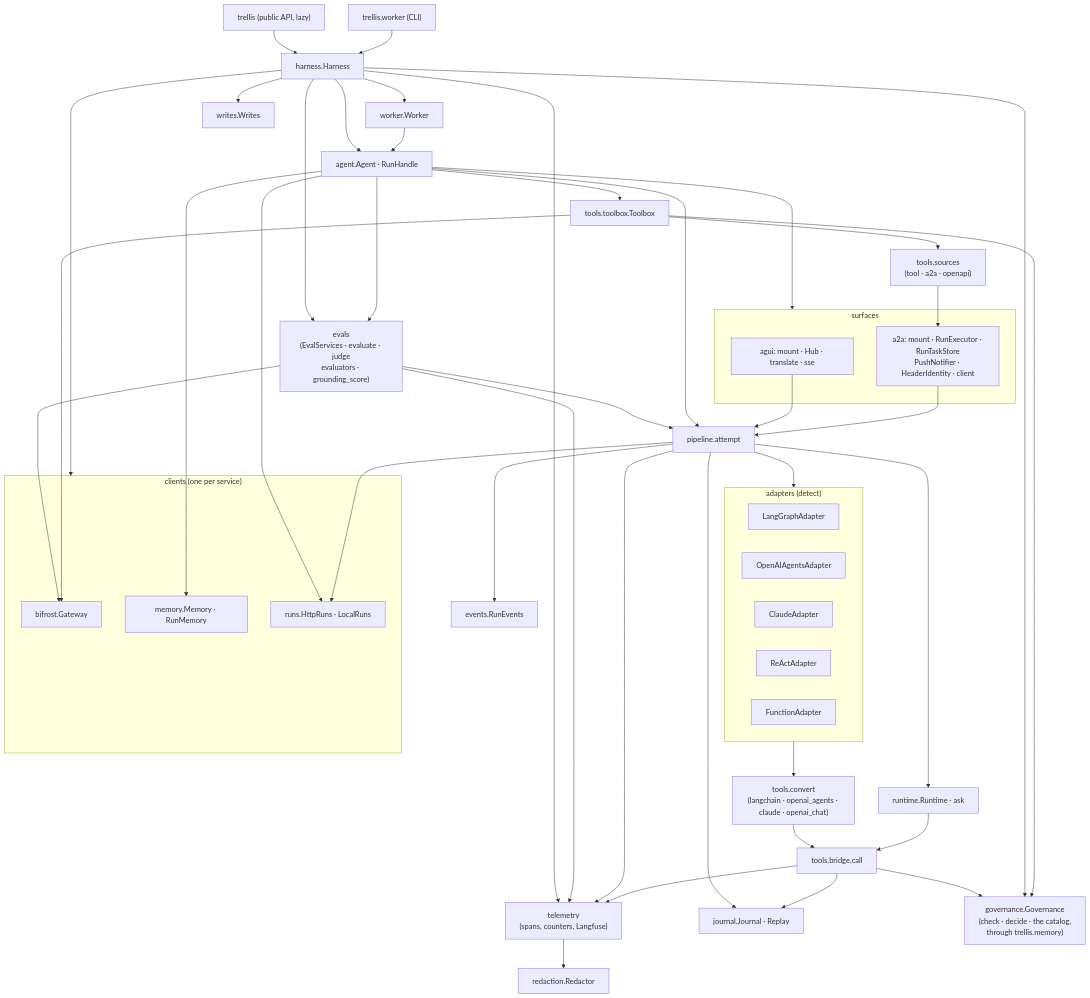
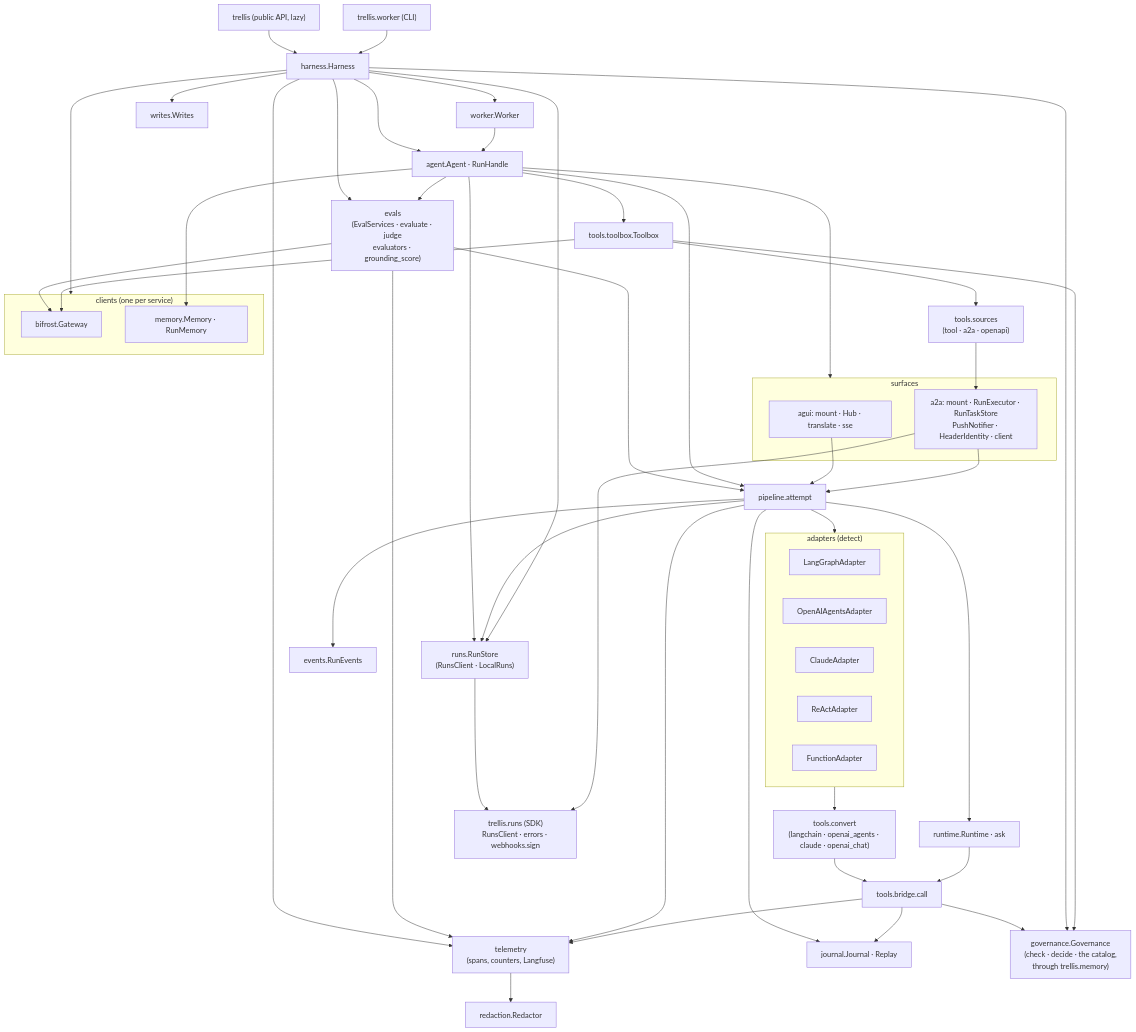
Before and after one commit to amitmohapatra/agent-harness: the second of 10 diagrams in ARCHITECTURE.md, drawn with Mermaid. The commit also changed other lines of this file and 39 other files, not shown here.

First line of the commit message:
The harness's run store is trellis.runs

````diff
--- a/ARCHITECTURE.md
+++ b/ARCHITECTURE.md
@@ -104,57 +108,61 @@
 ```mermaid
 flowchart TB
   api["trellis (public API, lazy)"] --> harness["harness.Harness"]
   cli["trellis.worker (CLI)"] --> harness
   harness --> agent["agent.Agent · RunHandle"]
   harness --> workerm["worker.Worker"]
   harness --> writes["writes.Writes"]
   harness --> telemetry["telemetry<br/>(spans, counters, Langfuse)"]
   harness --> evals["evals<br/>(EvalServices · evaluate · judge<br/>evaluators · grounding_score)"]
   agent --> evals
   evals --> pipeline
   evals --> telemetry
   evals --> bifrost
   workerm --> agent
   agent --> pipeline["pipeline.attempt"]
   agent --> surfaces
   subgraph surfaces["surfaces"]
     agui["agui: mount · Hub · translate · sse"]
     a2a["a2a: mount · RunExecutor · RunTaskStore<br/>PushNotifier · HeaderIdentity · client"]
   end
   agui --> pipeline
   a2a --> pipeline
   pipeline --> runtime["runtime.Runtime · ask"]
   pipeline --> journal["journal.Journal · Replay"]
   pipeline --> events["events.RunEvents"]
   pipeline --> adapters
   subgraph adapters["adapters (detect)"]
     langgraph["LangGraphAdapter"]
     openai["OpenAIAgentsAdapter"]
     claude["ClaudeAdapter"]
     react["ReActAdapter"]
     function["FunctionAdapter"]
   end
   adapters --> convert["tools.convert<br/>(langchain · openai_agents · claude · openai_chat)"]
   convert --> bridge["tools.bridge.call"]
   runtime --> bridge
   bridge --> governance["governance.Governance<br/>(check · decide · the catalog,<br/>through trellis.memory)"]
   bridge --> journal
   harness --> governance
   agent --> toolbox["tools.toolbox.Toolbox"]
   toolbox --> governance
   toolbox --> sources["tools.sources<br/>(tool · a2a · openapi)"]
   sources --> a2a
   subgraph clients["clients (one per service)"]
     bifrost["bifrost.Gateway"]
     memory["memory.Memory · RunMemory"]
-    runs["runs.HttpRuns · LocalRuns"]
   end
+  runs["runs.RunStore<br/>(RunsClient · LocalRuns)"]
+  sdk["trellis.runs (SDK)<br/>RunsClient · errors · webhooks.sign"]
   toolbox --> bifrost
   agent --> memory
   agent --> runs
   pipeline --> runs
   harness --> clients
+  harness --> runs
+  runs --> sdk
+  a2a --> sdk
   telemetry --> redaction["redaction.Redactor"]
   pipeline --> telemetry
   bridge --> telemetry
 ```
````
